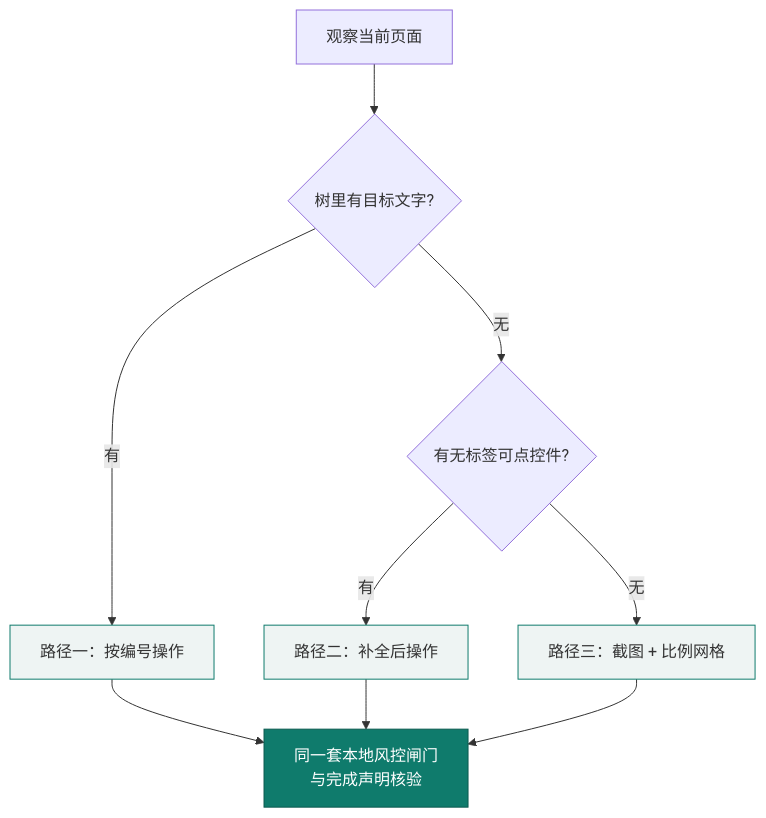
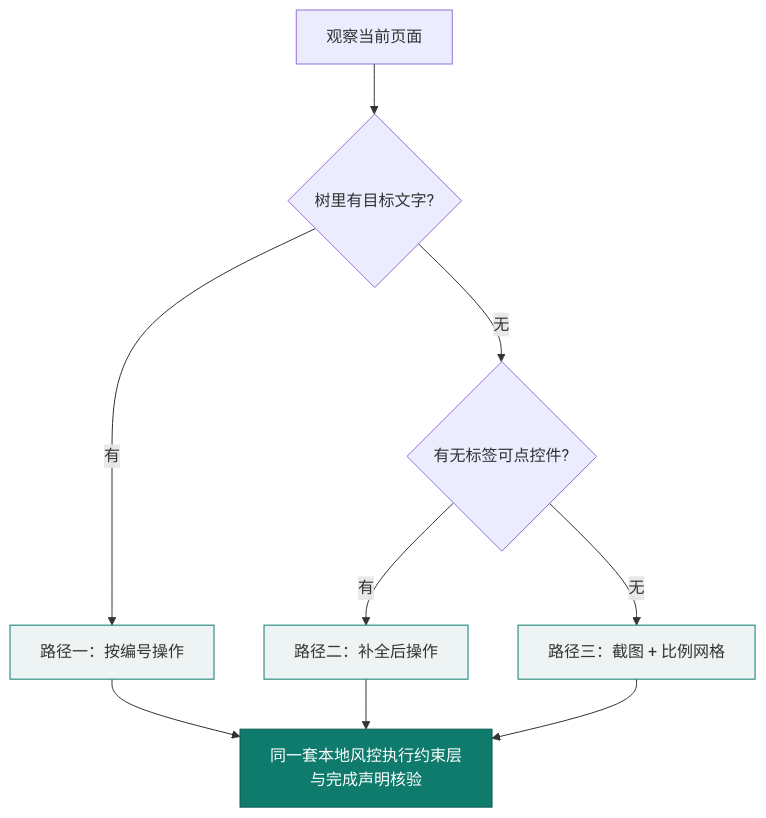
Diagram 12 of 13 in docs/aic-2026/作品方案-定稿.md (lhxll07/elder-harness), drawn with Mermaid before and after one commit. The commit also changed other lines of this file and 50 other files, not shown here.

````diff
--- a/docs/aic-2026/作品方案-定稿.md
+++ b/docs/aic-2026/作品方案-定稿.md
@@ -872,15 +884,15 @@
 ```mermaid
 flowchart TD
   O["观察当前页面"] --> Q1{"树里有目标文字?"}
   Q1 -->|有| A["路径一：按编号操作"]
   Q1 -->|无| Q2{"有无标签可点控件?"}
   Q2 -->|有| B["路径二：补全后操作"]
   Q2 -->|无| C["路径三：截图 + 比例网格"]
-  A --> G["同一套本地风控闸门<br/>与完成声明核验"]
+  A --> G["同一套本地风控执行约束层<br/>与完成声明核验"]
   B --> G
   C --> G
   classDef p fill:#eef4f3,stroke:#0f7b6c
   classDef g fill:#0f7b6c,color:#fff,stroke:#0b5a4f
   class A,B,C p
   class G g
 ```
````
